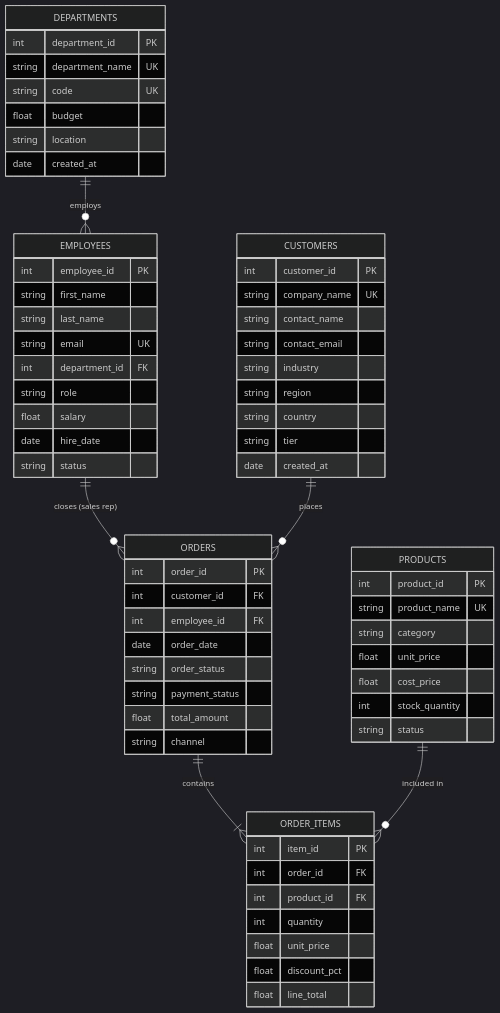
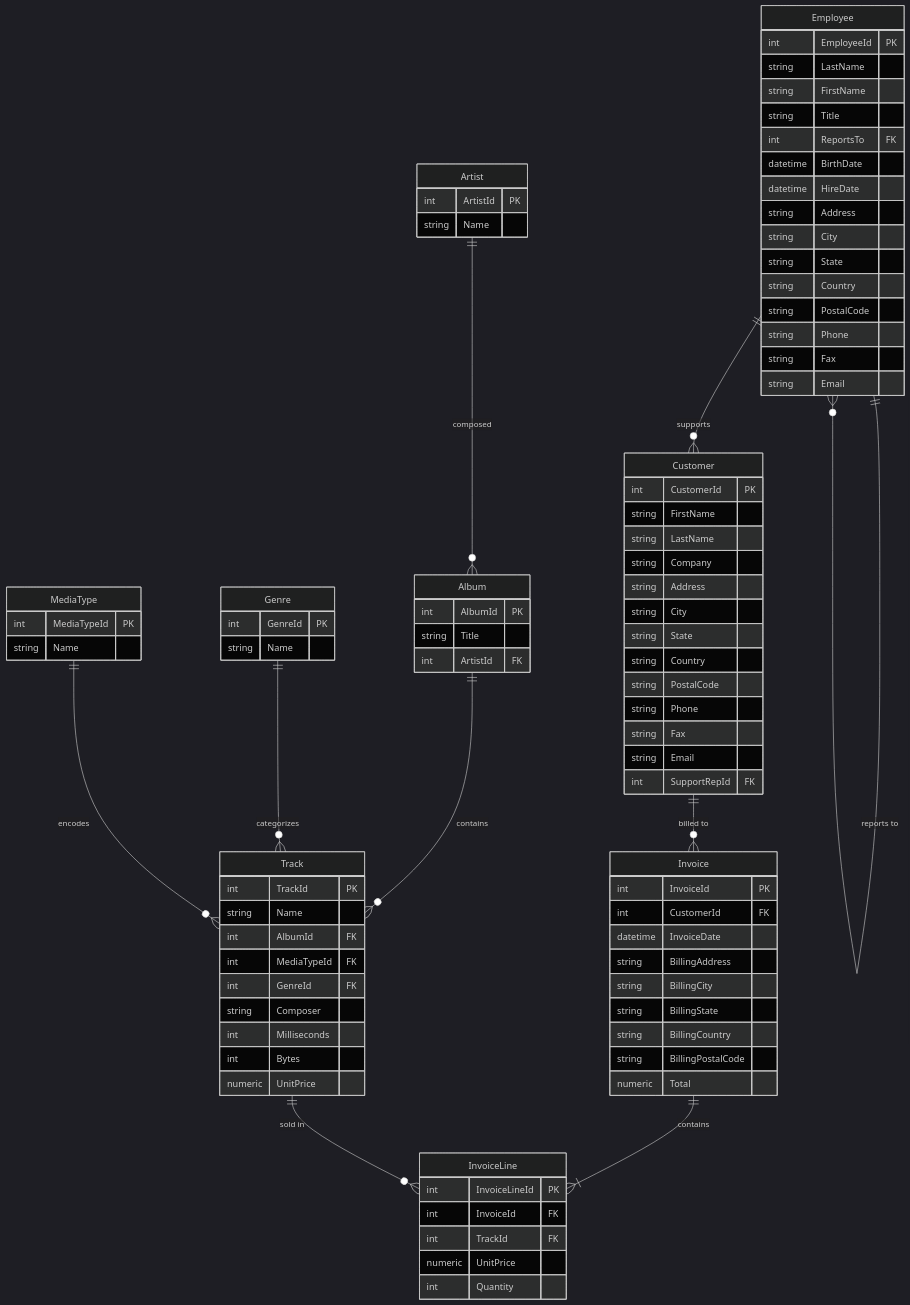
The diagram in unified_business_assistant/data_service/docs/SCHEMA.md (harshrameshnerkar/Agentic-AI), drawn with Mermaid (dark theme) before and after one commit. The commit also changed other lines of this file and 13 other files, not shown here.

````diff
--- a/unified_business_assistant/data_service/docs/SCHEMA.md
+++ b/unified_business_assistant/data_service/docs/SCHEMA.md
@@ -12,72 +12,99 @@
 ```mermaid
 erDiagram
-    DEPARTMENTS ||--o{ EMPLOYEES : "employs"
-    EMPLOYEES ||--o{ ORDERS : "closes (sales rep)"
-    CUSTOMERS ||--o{ ORDERS : "places"
-    ORDERS ||--|{ ORDER_ITEMS : "contains"
-    PRODUCTS ||--o{ ORDER_ITEMS : "included in"
+    Employee ||--o{ Employee : "reports to"
+    Employee ||--o{ Customer : "supports"
+    Customer ||--o{ Invoice : "billed to"
+    Invoice ||--|{ InvoiceLine : "contains"
+    Track ||--o{ InvoiceLine : "sold in"
+    Album ||--o{ Track : "contains"
+    Artist ||--o{ Album : "composed"
+    Genre ||--o{ Track : "categorizes"
+    MediaType ||--o{ Track : "encodes"
 
-    DEPARTMENTS {
-        int department_id PK
-        string department_name UK
-        string code UK
-        float budget
-        string location
-        date created_at
+    Customer {
+        int CustomerId PK
+        string FirstName
+        string LastName
+        string Company
+        string Address
+        string City
+        string State
+        string Country
+        string PostalCode
+        string Phone
+        string Fax
+        string Email
+        int SupportRepId FK
     }
 
-    EMPLOYEES {
-        int employee_id PK
-        string first_name
-        string last_name
-        string email UK
-        int department_id FK
-        string role
-        float salary
-        date hire_date
-        string status
+    Invoice {
+        int InvoiceId PK
+        int CustomerId FK
+        datetime InvoiceDate
+        string BillingAddress
+        string BillingCity
+        string BillingState
+        string BillingCountry
+        string BillingPostalCode
+        numeric Total
     }
 
-    CUSTOMERS {
-        int customer_id PK
-        string company_name UK
-        string contact_name
-        string contact_email
-        string industry
-        string region
-        string country
-        string tier
-        date created_at
+    InvoiceLine {
+        int InvoiceLineId PK
+        int InvoiceId FK
+        int TrackId FK
+        numeric UnitPrice
+        int Quantity
     }
 
-    PRODUCTS {
-        int product_id PK
-        string product_name UK
-        string category
-        float unit_price
-        float cost_price
-        int stock_quantity
-        string status
+    Employee {
+        int EmployeeId PK
+        string LastName
+        string FirstName
+        string Title
+        int ReportsTo FK
+        datetime BirthDate
+        datetime HireDate
+        string Address
+        string City
+        string State
+        string Country
+        string PostalCode
+        string Phone
+        string Fax
+        string Email
     }
 
-    ORDERS {
-        int order_id PK
-        int customer_id FK
-        int employee_id FK
-        date order_date
-        string order_status
-        string payment_status
-        float total_amount
-        string channel
+    Track {
+        int TrackId PK
+        string Name
+        int AlbumId FK
+        int MediaTypeId FK
+        int GenreId FK
+        string Composer
+        int Milliseconds
+        int Bytes
+        numeric UnitPrice
     }
 
-    ORDER_ITEMS {
-        int item_id PK
-        int order_id FK
-        int product_id FK
-        int quantity
-        float unit_price
-        float discount_pct
-        float line_total
+    Album {
+        int AlbumId PK
+        string Title
+        int ArtistId FK
+    }
+
+    Artist {
+        int ArtistId PK
+        string Name
+    }
+
+    Genre {
+        int GenreId PK
+        string Name
+    }
+
+    MediaType {
+        int MediaTypeId PK
+        string Name
     }
 ```
````
